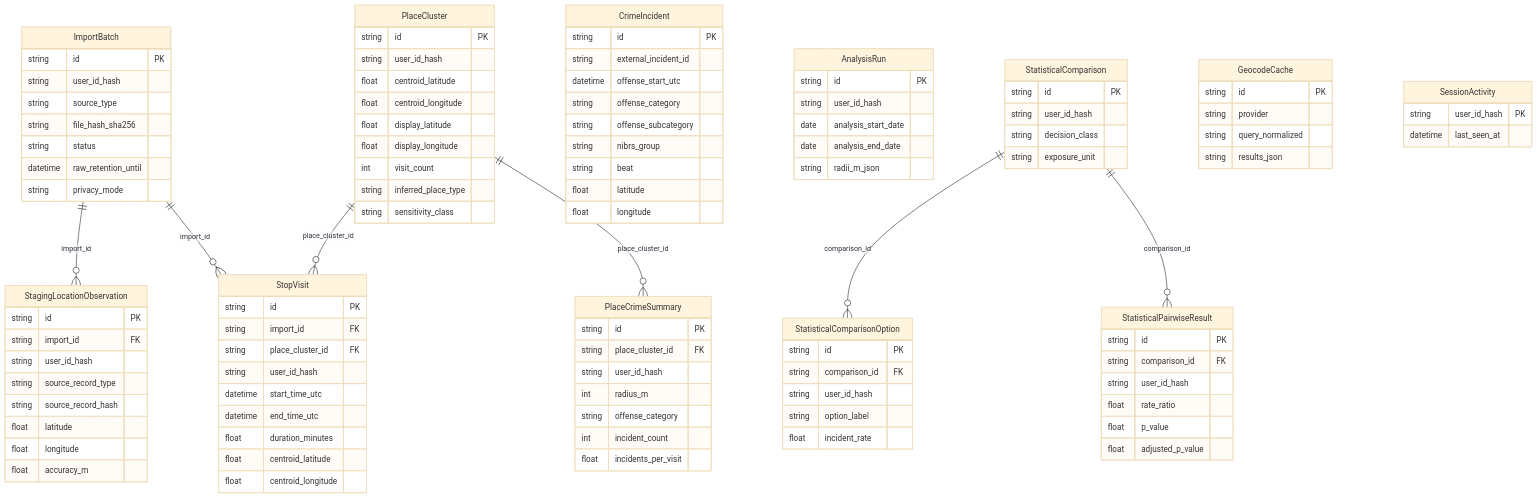
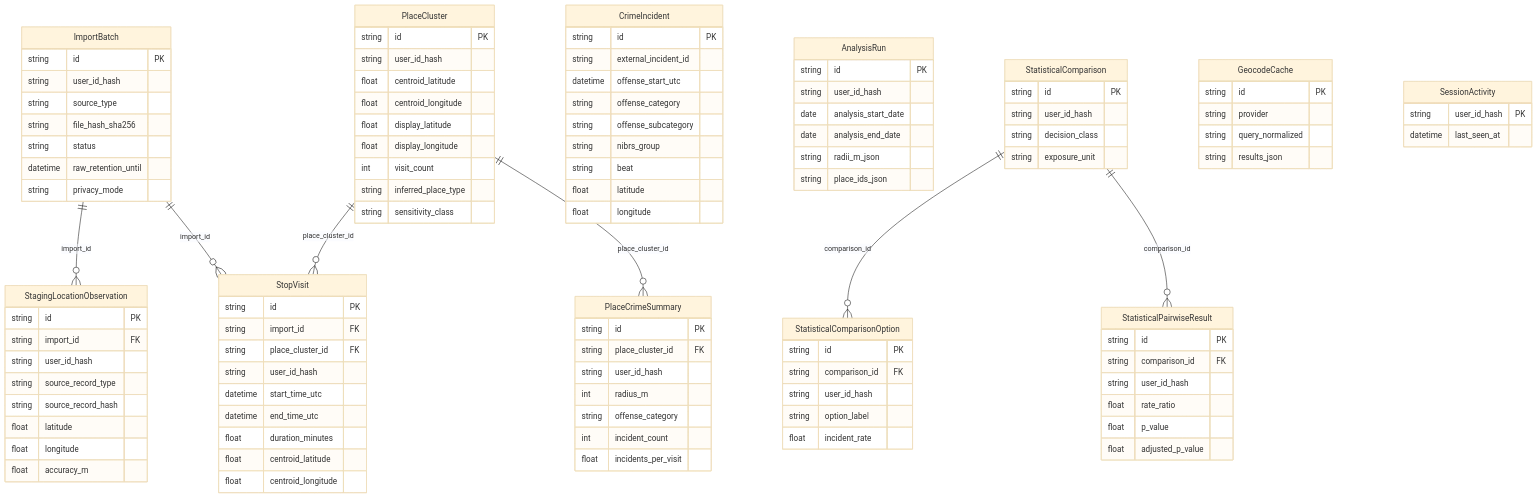
One commit to jcscocca/CompCat changed the diagram in docs/architecture/data-model.md. Above: the diagram before and after it, drawn with Mermaid (base theme). The commit also changed other lines of this file and 61 other files, not shown here.

```diff
--- a/docs/architecture/data-model.md
+++ b/docs/architecture/data-model.md
@@ -294,6 +295,7 @@
         date analysis_start_date
         date analysis_end_date
         string radii_m_json
+        string place_ids_json
     }
 
     StatisticalComparison {
```
